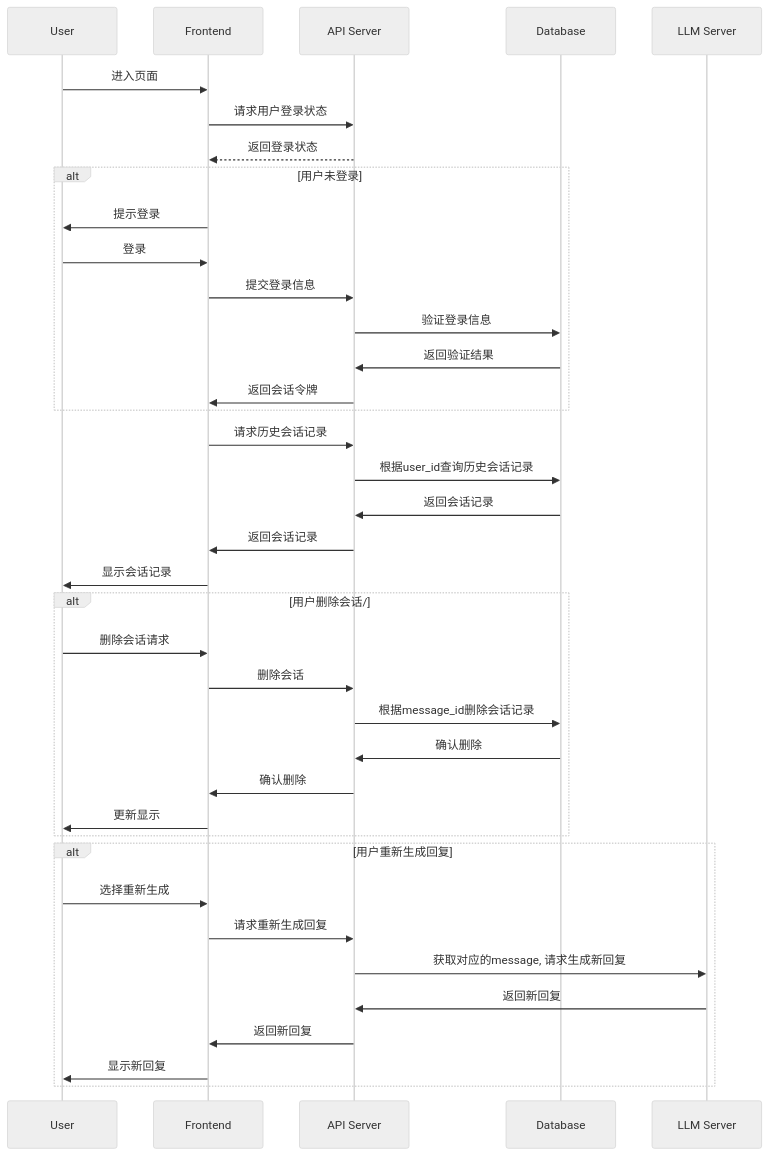
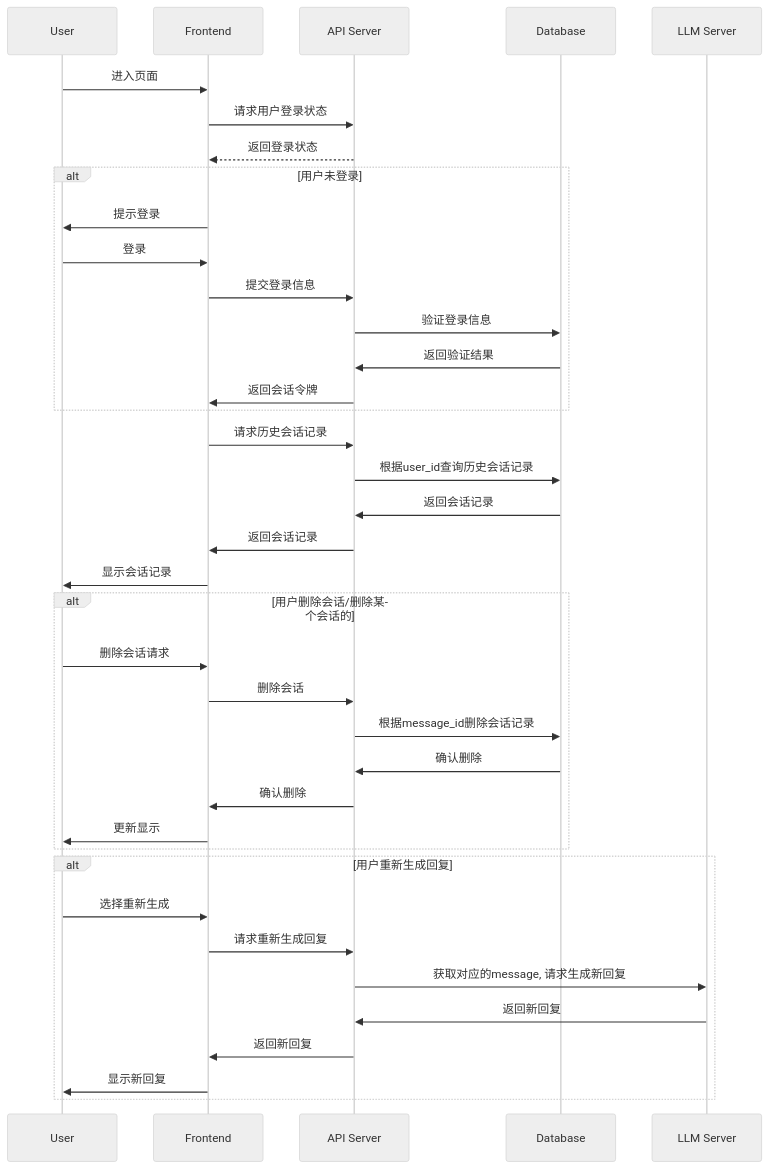
Before and after one commit to yingjianzh/iodraw-files: the diagram in all/未命名-7.md, drawn with Mermaid (neutral theme).

Commit message:
2024-10-09 09:45:39 update

````diff
--- a/all/未命名-7.md
+++ b/all/未命名-7.md
@@ -1,45 +1,45 @@
 ```mermaid
 sequenceDiagram
     participant User
     participant Frontend
     participant API Server
     participant Database
 
 
     User->>Frontend: 进入页面
     Frontend->>API Server: 请求用户登录状态
     API Server-->>Frontend: 返回登录状态
     alt 用户未登录
         Frontend->>User: 提示登录
         User->>Frontend: 登录
         Frontend->>API Server: 提交登录信息
         API Server->>Database: 验证登录信息
         Database->>API Server: 返回验证结果
         API Server->>Frontend: 返回会话令牌
     end
 
     Frontend->>API Server: 请求历史会话记录
     API Server->>Database: 根据user_id查询历史会话记录
     Database->>API Server: 返回会话记录
     API Server->>Frontend: 返回会话记录
     Frontend->>User: 显示会话记录
 
-    alt 用户删除会话/
+    alt 用户删除会话/删除某个会话的
         User->>Frontend: 删除会话请求
         Frontend->>API Server: 删除会话
         API Server->>Database: 根据message_id删除会话记录
         Database->>API Server: 确认删除
         API Server->>Frontend: 确认删除
         Frontend->>User: 更新显示
     end
 
     alt 用户重新生成回复
         User->>Frontend: 选择重新生成
         Frontend->>API Server: 请求重新生成回复
         API Server->>LLM Server: 获取对应的message, 请求生成新回复
         LLM Server->>API Server: 返回新回复
         API Server->>Frontend: 返回新回复
         Frontend->>User: 显示新回复
     end
 
 ```
````
